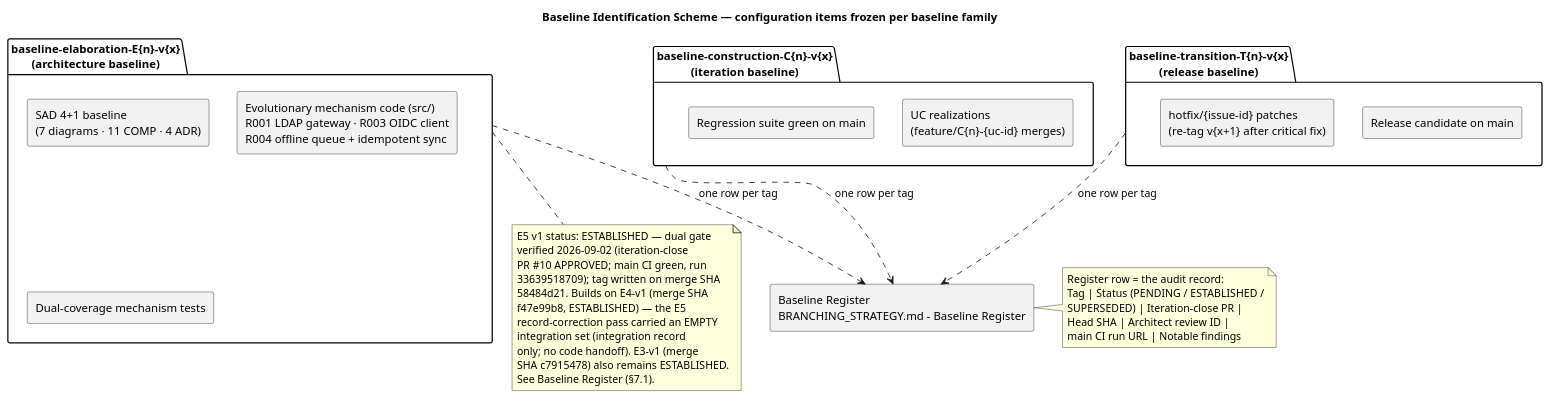
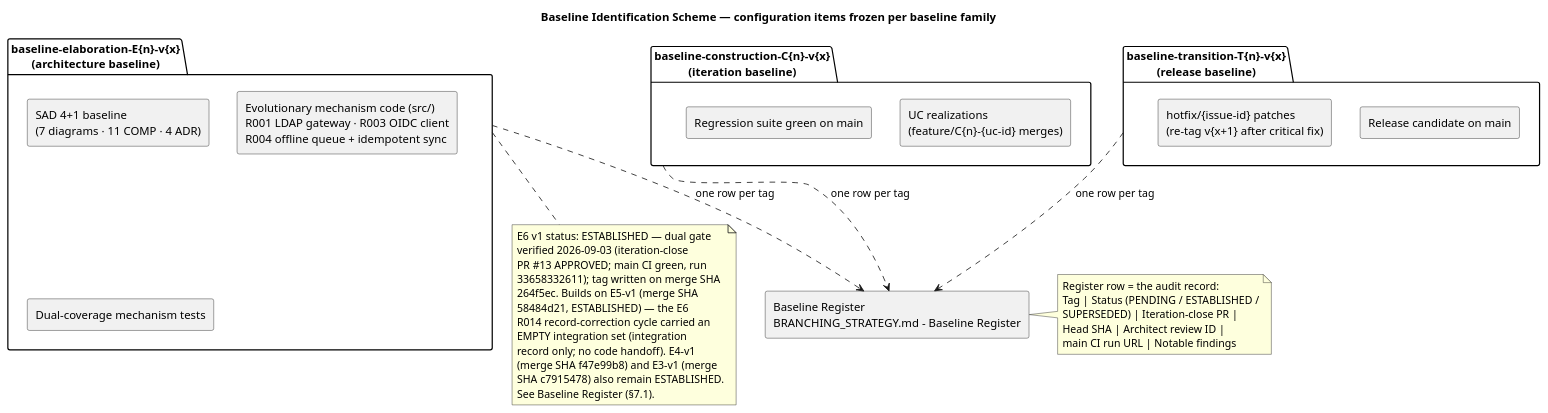
One commit to banense-test/employee-portal changed the seventh of 7 diagrams in docs/BRANCHING_STRATEGY.md. Above: the diagram before and after it, drawn with PlantUML. The commit also changed other lines of this file, not shown here.

Commit message:
docs: BRANCHING_STRATEGY — E6 workspace CLOSED; baseline-elaboration-E6-v1 register row ESTABLISHED (iteration-close PR #13 APPROVED, main CI green run 33658332611, merge SHA 264f5ec); E6 lifecycle diagram added; content-map status updated to E6-v1; E3/E4/E5 rows preserved verbatim

````diff
--- a/docs/BRANCHING_STRATEGY.md
+++ b/docs/BRANCHING_STRATEGY.md
@@ -571,51 +668,52 @@
 ```plantuml
 @startuml
 title Baseline Identification Scheme — configuration items frozen per baseline family
 
 skinparam componentStyle rectangle
 
 package "baseline-elaboration-E{n}-v{x}\n(architecture baseline)" as ELAB {
   component "SAD 4+1 baseline\n(7 diagrams · 11 COMP · 4 ADR)" as SAD_V
   component "Evolutionary mechanism code (src/)\nR001 LDAP gateway · R003 OIDC client\nR004 offline queue + idempotent sync" as MECH_C
   component "Dual-coverage mechanism tests" as MECH_T
 }
 
 package "baseline-construction-C{n}-v{x}\n(iteration baseline)" as CONS {
   component "UC realizations\n(feature/C{n}-{uc-id} merges)" as UC_R
   component "Regression suite green on main" as REG_S
 }
 
 package "baseline-transition-T{n}-v{x}\n(release baseline)" as TRANS {
   component "Release candidate on main" as REL_C
   component "hotfix/{issue-id} patches\n(re-tag v{x+1} after critical fix)" as HOT_P
 }
 
 component "Baseline Register\nBRANCHING_STRATEGY.md - Baseline Register" as REG
 
 ELAB ..> REG : one row per tag
 CONS ..> REG : one row per tag
 TRANS ..> REG : one row per tag
 
 note bottom of ELAB
-  E5 v1 status: ESTABLISHED — dual gate
-  verified 2026-09-02 (iteration-close
-  PR #10 APPROVED; main CI green, run
-  33639518709); tag written on merge SHA
-  58484d21. Builds on E4-v1 (merge SHA
-  f47e99b8, ESTABLISHED) — the E5
-  record-correction pass carried an EMPTY
-  integration set (integration record
-  only; no code handoff). E3-v1 (merge
-  SHA c7915478) also remains ESTABLISHED.
+  E6 v1 status: ESTABLISHED — dual gate
+  verified 2026-09-03 (iteration-close
+  PR #13 APPROVED; main CI green, run
+  33658332611); tag written on merge SHA
+  264f5ec. Builds on E5-v1 (merge SHA
+  58484d21, ESTABLISHED) — the E6
+  R014 record-correction cycle carried an
+  EMPTY integration set (integration
+  record only; no code handoff). E4-v1
+  (merge SHA f47e99b8) and E3-v1 (merge
+  SHA c7915478) also remain ESTABLISHED.
   See Baseline Register (§7.1).
 end note
 
 note right of REG
   Register row = the audit record:
   Tag | Status (PENDING / ESTABLISHED /
   SUPERSEDED) | Iteration-close PR |
   Head SHA | Architect review ID |
   main CI run URL | Notable findings
 end note
 @enduml
 ```
````
